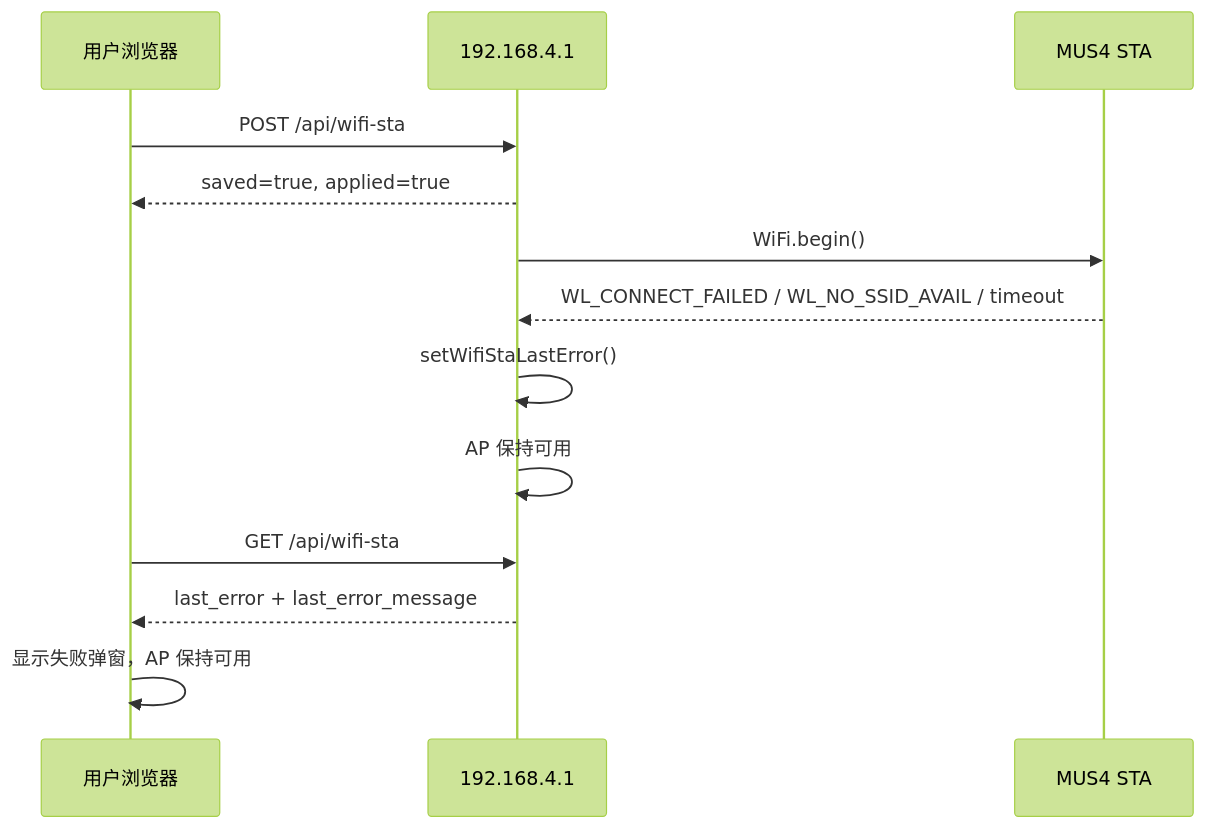
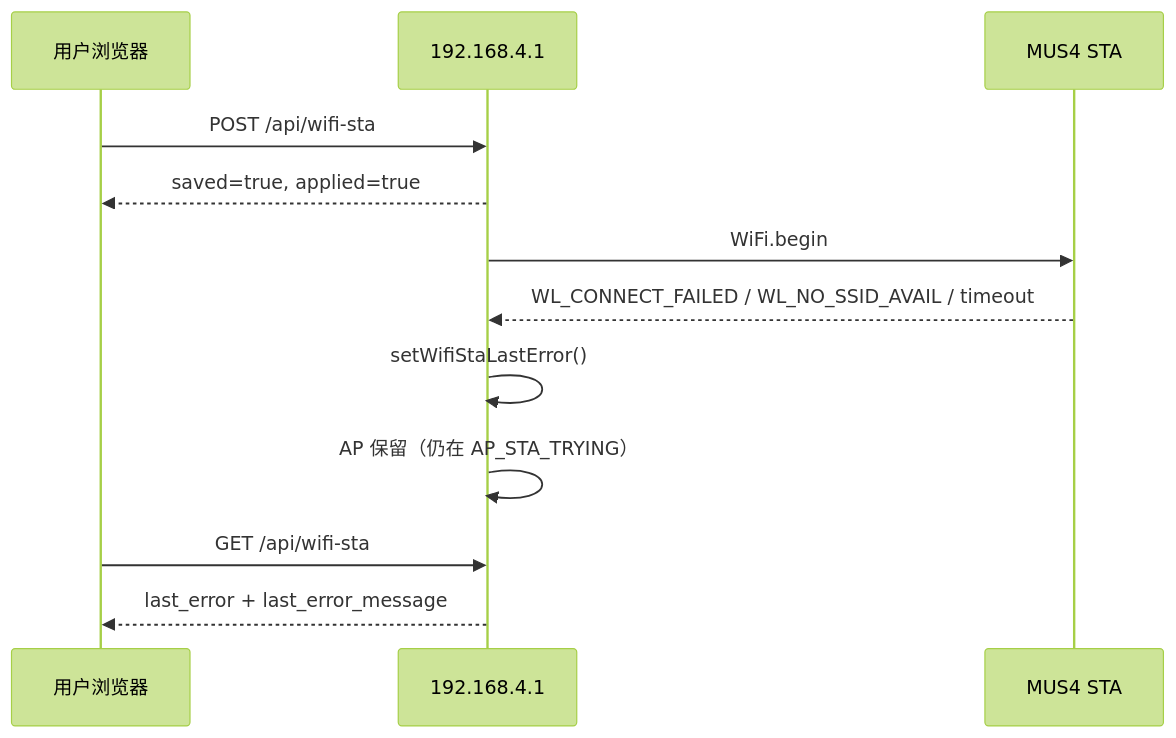
Before and after one commit to DonkeyDrift/Firmware: the fourth of 5 diagrams in MUS4_FW/docs/Inspect/wifi-ap-sta-lifecycle-inspection.md, drawn with Mermaid (forest theme). The commit also changed other lines of this file and 10 other files, not shown here.

````diff
--- a/MUS4_FW/docs/Inspect/wifi-ap-sta-lifecycle-inspection.md
+++ b/MUS4_FW/docs/Inspect/wifi-ap-sta-lifecycle-inspection.md
@@ -495,16 +304,15 @@
 ```mermaid
 sequenceDiagram
     participant U as 用户浏览器
     participant AP as 192.168.4.1
     participant STA as MUS4 STA
 
     U->>AP: POST /api/wifi-sta
     AP-->>U: saved=true, applied=true
-    AP->>STA: WiFi.begin()
+    AP->>STA: WiFi.begin
     STA-->>AP: WL_CONNECT_FAILED / WL_NO_SSID_AVAIL / timeout
     AP->>AP: setWifiStaLastError()
-    AP->>AP: AP 保持可用
+    AP->>AP: AP 保留（仍在 AP_STA_TRYING）
     U->>AP: GET /api/wifi-sta
     AP-->>U: last_error + last_error_message
-    U->>U: 显示失败弹窗，AP 保持可用
 ```
````
